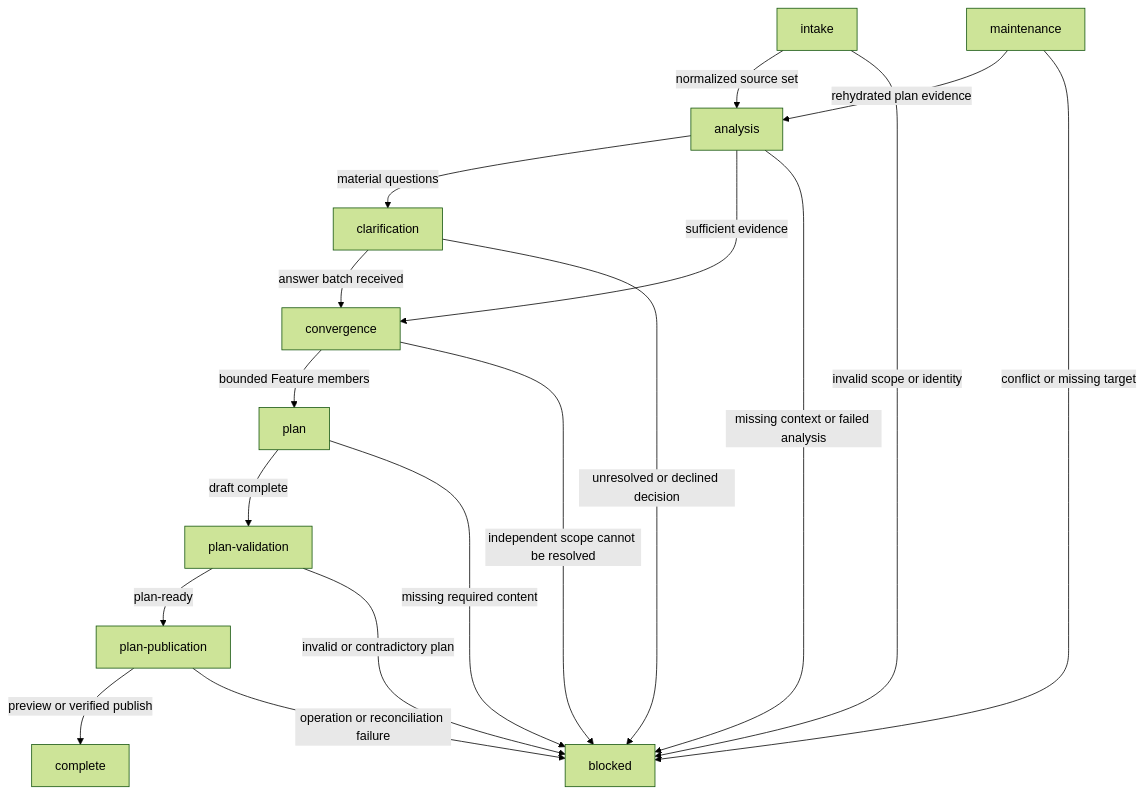
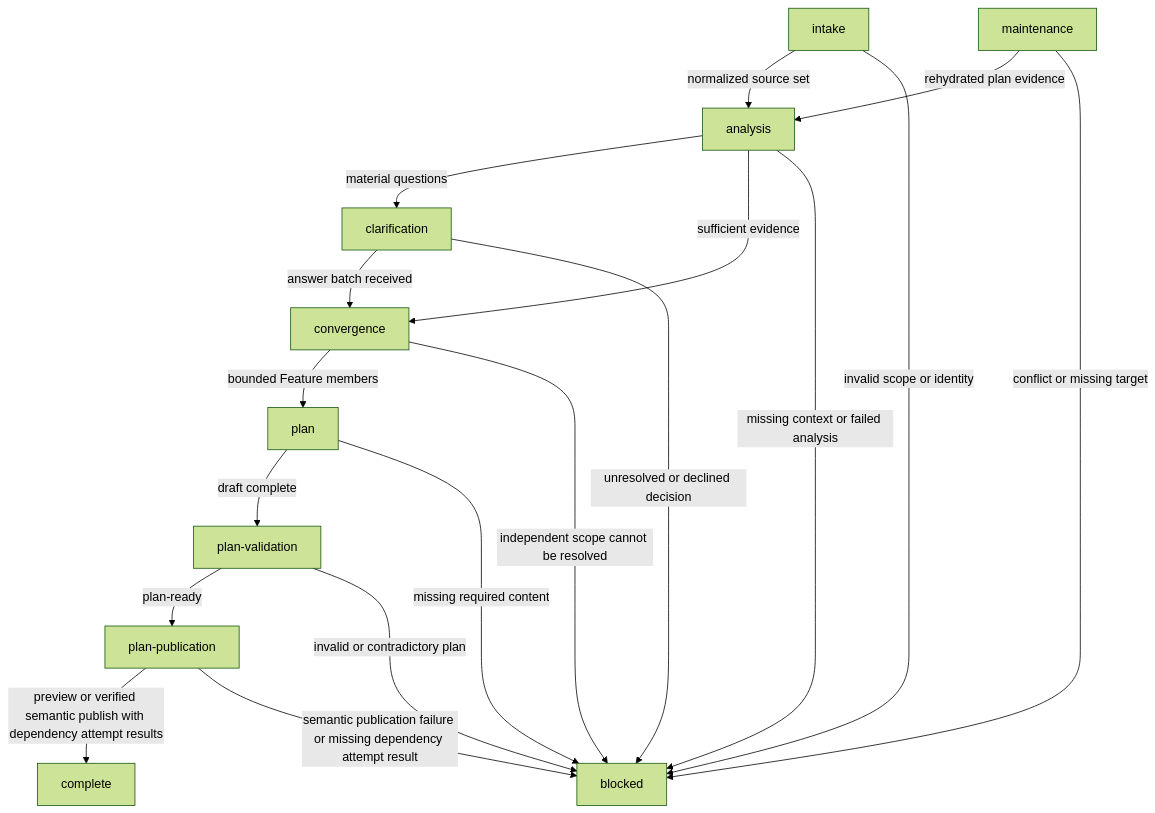
Before and after one commit to alemar11/dotagents: the diagram in plugins/se/skills/feature/SKILL.md, drawn with Mermaid (forest theme). The commit also changed other lines of this file and 33 other files, not shown here.

```diff
--- a/plugins/se/skills/feature/SKILL.md
+++ b/plugins/se/skills/feature/SKILL.md
@@ -306,20 +321,20 @@
 ~~~mermaid
 flowchart TD
     intake -->|normalized source set| analysis
     maintenance -->|rehydrated plan evidence| analysis
     intake -->|invalid scope or identity| blocked
     maintenance -->|conflict or missing target| blocked
     analysis -->|material questions| clarification
     analysis -->|sufficient evidence| convergence
     analysis -->|missing context or failed analysis| blocked
     clarification -->|answer batch received| convergence
     clarification -->|unresolved or declined decision| blocked
     convergence -->|bounded Feature members| plan
     convergence -->|independent scope cannot be resolved| blocked
     plan -->|draft complete| plan-validation
     plan -->|missing required content| blocked
     plan-validation -->|plan-ready| plan-publication
     plan-validation -->|invalid or contradictory plan| blocked
-    plan-publication -->|preview or verified publish| complete
-    plan-publication -->|operation or reconciliation failure| blocked
+    plan-publication -->|preview or verified semantic publish with dependency attempt results| complete
+    plan-publication -->|semantic publication failure or missing dependency attempt result| blocked
 ~~~
```
